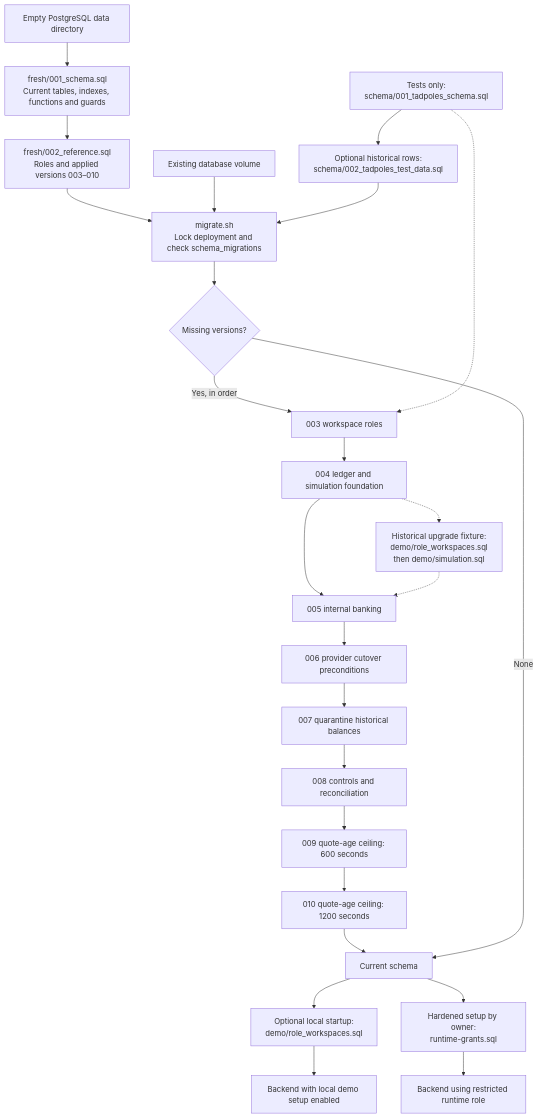
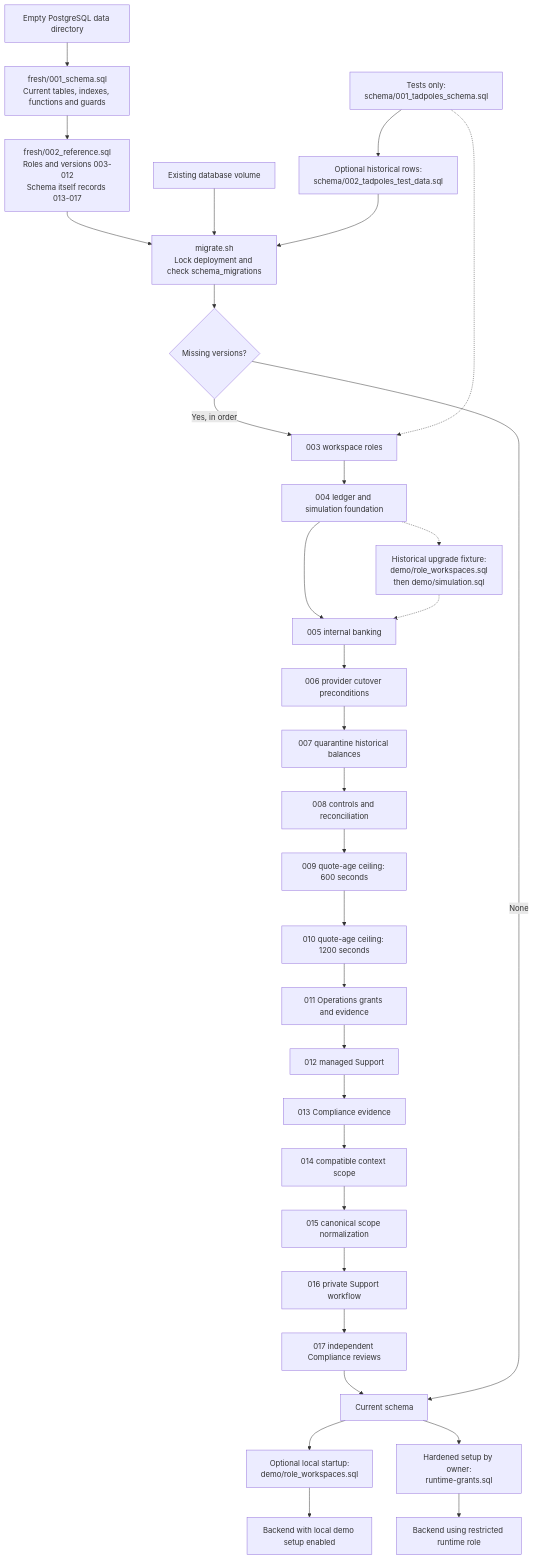
Before and after one commit to godondi/tadpoles: the diagram in database/README.md, drawn with Mermaid. The commit also changed other lines of this file and 94 other files, not shown here.

Commit message:
Modify compliance and operations related files for refactoring purposes

````diff
--- a/database/README.md
+++ b/database/README.md
@@ -17,28 +17,35 @@
 ```mermaid
 flowchart TD
     Empty[Empty PostgreSQL data directory] --> F1["fresh/001_schema.sql<br/>Current tables, indexes, functions and guards"]
-    F1 --> F2["fresh/002_reference.sql<br/>Roles and applied versions 003–010"]
+    F1 --> F2["fresh/002_reference.sql<br/>Roles and versions 003-012<br/>Schema itself records 013-017"]
     F2 --> Runner["migrate.sh<br/>Lock deployment and check schema_migrations"]
     Existing[Existing database volume] --> Runner
     Runner --> Missing{Missing versions?}
     Missing -->|Yes, in order| M3["003 workspace roles"]
     M3 --> M4["004 ledger and simulation foundation"]
     M4 --> M5["005 internal banking"]
     M5 --> M6["006 provider cutover preconditions"]
     M6 --> M7["007 quarantine historical balances"]
     M7 --> M8["008 controls and reconciliation"]
     M8 --> M9["009 quote-age ceiling: 600 seconds"]
     M9 --> M10["010 quote-age ceiling: 1200 seconds"]
-    M10 --> Current[Current schema]
+    M10 --> M11["011 Operations grants and evidence"]
+    M11 --> M12["012 managed Support"]
+    M12 --> M13["013 Compliance evidence"]
+    M13 --> M14["014 compatible context scope"]
+    M14 --> M15["015 canonical scope normalization"]
+    M15 --> M16["016 private Support workflow"]
+    M16 --> M17["017 independent Compliance reviews"]
+    M17 --> Current[Current schema]
     Missing -->|None| Current
     Current --> Demo["Optional local startup:<br/>demo/role_workspaces.sql"]
     Demo --> Local[Backend with local demo setup enabled]
     Current --> Grants["Hardened setup by owner:<br/>runtime-grants.sql"]
     Grants --> Runtime[Backend using restricted runtime role]
 
     Legacy["Tests only:<br/>schema/001_tadpoles_schema.sql"] --> Seed["Optional historical rows:<br/>schema/002_tadpoles_test_data.sql"]
     Seed --> Runner
     Legacy -.-> M3
     M4 -.-> Simulation["Historical upgrade fixture:<br/>demo/role_workspaces.sql<br/>then demo/simulation.sql"]
     Simulation -.-> M5
 ```
````
